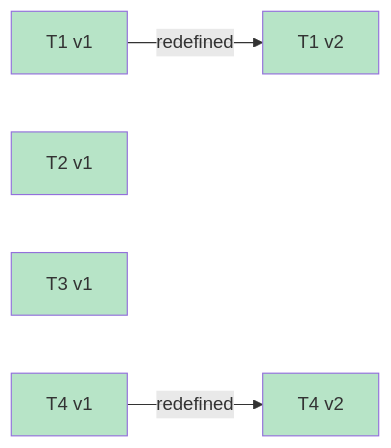
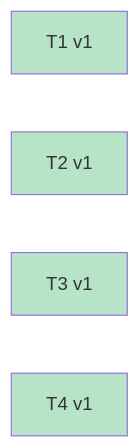
Diagram 17 of 23 in docs/specs/OVERVIEW.md (Curry09/AHE-Beta), drawn with Mermaid before and after one commit. The commit also changed other lines of this file and 22 other files, not shown here.

First line of the commit message:
feat(frontend): 场景改为自绘三房间，弃用四房间底图，房间立职能木牌

````diff
--- a/docs/specs/OVERVIEW.md
+++ b/docs/specs/OVERVIEW.md
@@ -1148,18 +491,12 @@
 ```mermaid
 graph LR
     v_T1_1["T1 v1"]
-    v_T1_2["T1 v2"]
-    v_T1_1 -->|redefined| v_T1_2
     v_T2_1["T2 v1"]
     v_T3_1["T3 v1"]
     v_T4_1["T4 v1"]
-    v_T4_2["T4 v2"]
-    v_T4_1 -->|redefined| v_T4_2
     classDef st_done fill:#b7e4c7;
     class v_T1_1 st_done;
-    class v_T1_2 st_done;
     class v_T2_1 st_done;
     class v_T3_1 st_done;
     class v_T4_1 st_done;
-    class v_T4_2 st_done;
 ```
````
